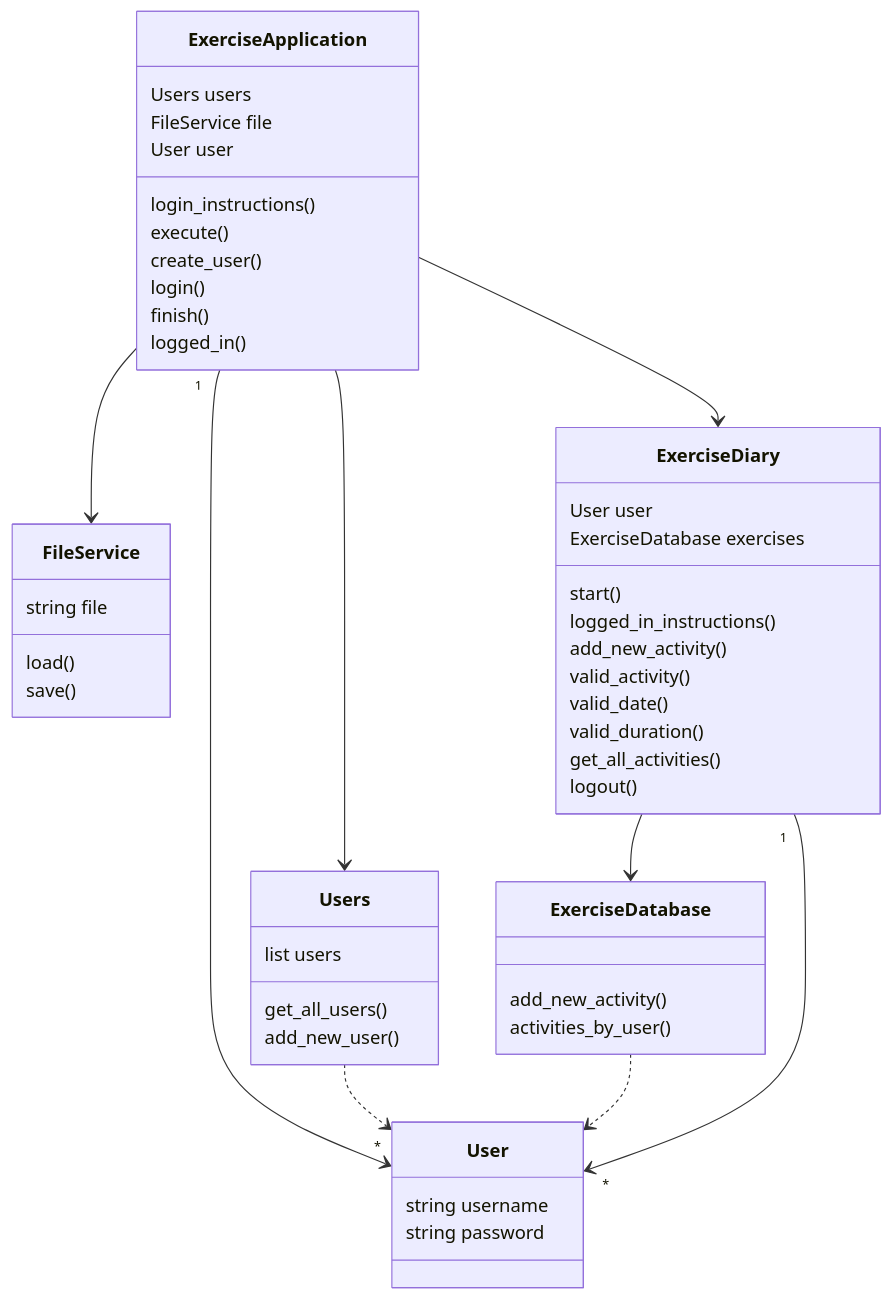
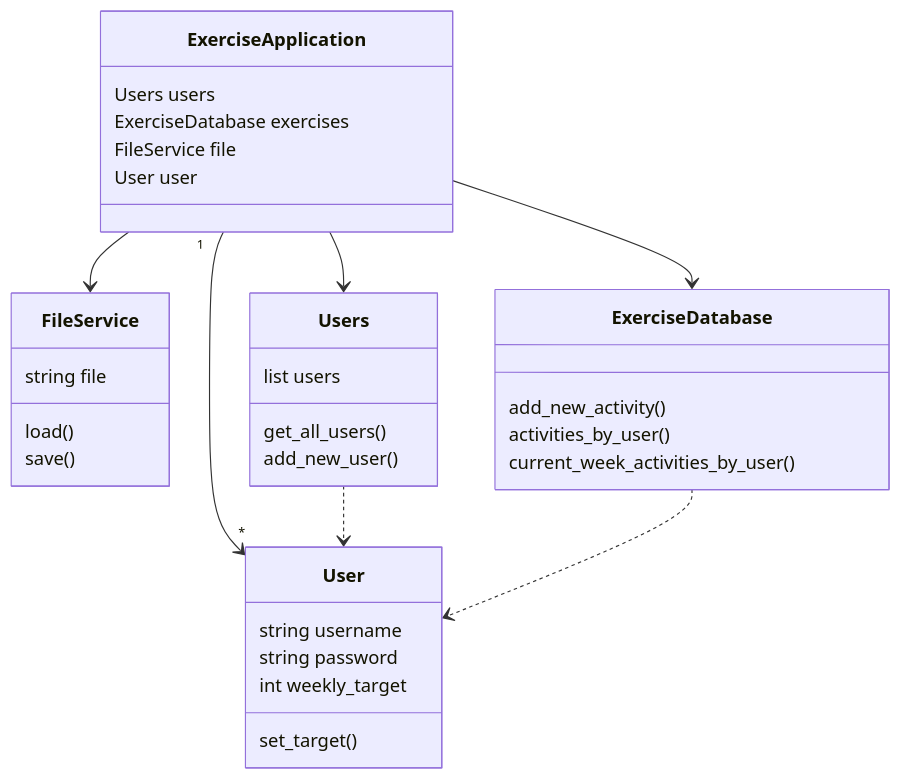
Before and after one commit to Kaabero/ot-harjoitustyo: the diagram in dokumentaatio/arkkitehtuuri.md, drawn with Mermaid. The commit also changed 11 other files, not shown here.

````diff
--- a/dokumentaatio/arkkitehtuuri.md
+++ b/dokumentaatio/arkkitehtuuri.md
@@ -3,58 +3,43 @@
 ```mermaid
  classDiagram
       ExerciseApplication --> FileService
       ExerciseApplication --> Users
-      ExerciseApplication --> ExerciseDiary
+      ExerciseApplication --> ExerciseDatabase
       ExerciseApplication "1" --> "*" User
       Users ..> User
       ExerciseDatabase ..> User
-      ExerciseDiary "1" --> "*" User
-      ExerciseDiary --> ExerciseDatabase
       
-      class ExerciseDiary {
-        User user
-        ExerciseDatabase exercises
-        start()
-        logged_in_instructions()
-        add_new_activity()
-        valid_activity()
-        valid_date()
-        valid_duration()
-        get_all_activities()
-        logout()
-      }
+      
         
       class ExerciseApplication {
         Users users
+	ExerciseDatabase exercises
         FileService file
         User user
-        login_instructions()
-        execute()
-        create_user()
-        login()
-        finish()
-        logged_in()
-
       }
 
       class Users {
         list users
         get_all_users()
         add_new_user()
       }
 
       class User {
         string username
         string password
+        int weekly_target
+        set_target()
+
       }
       class FileService {
         string file
         load()
         save()
       }
       class ExerciseDatabase {
         add_new_activity()
         activities_by_user()
+        current_week_activities_by_user()
       }
      
 ```
````
